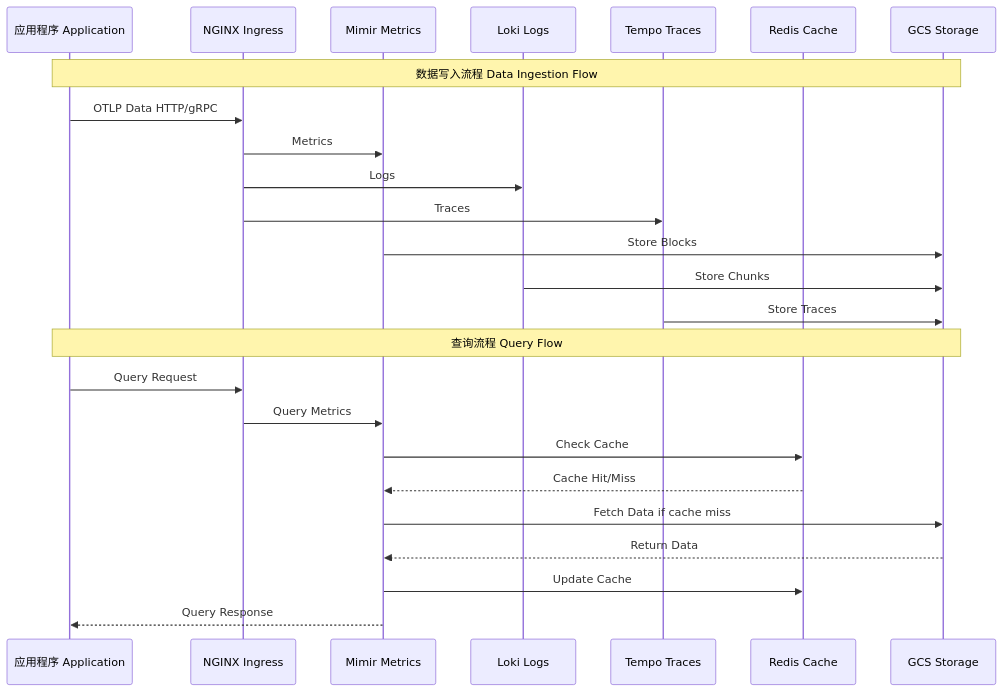
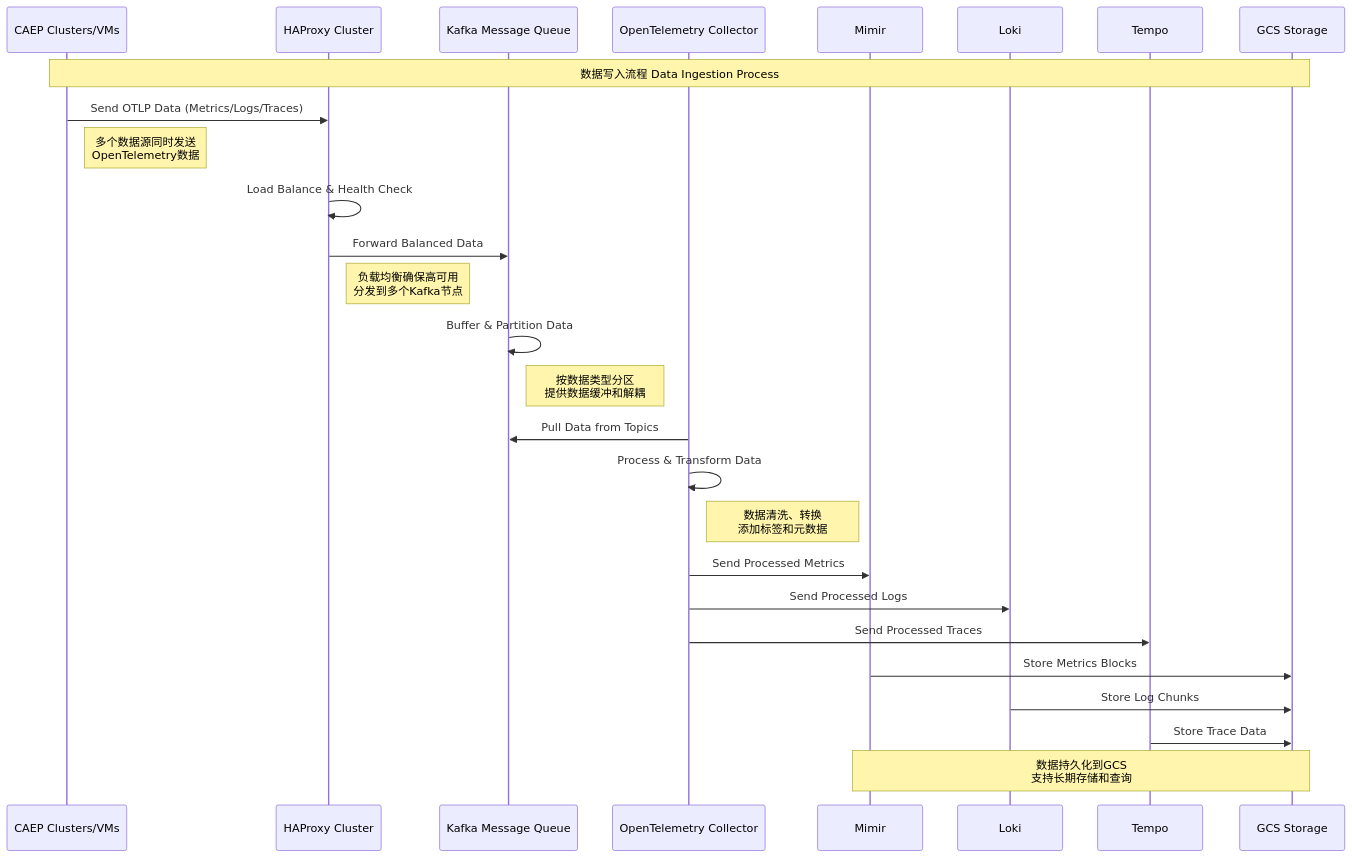
One commit to zking2000/share changed the second of 3 diagrams in OpenTelemetry/Observability_Production/README.md. Above: the diagram before and after it, drawn with Mermaid. The commit also changed other lines of this file, not shown here.

First line of the commit message:
Update architecture diagrams based on user's enterprise architecture

````diff
--- a/OpenTelemetry/Observability_Production/README.md
+++ b/OpenTelemetry/Observability_Production/README.md
@@ -126,30 +139,43 @@
 ```mermaid
 sequenceDiagram
-    participant App as 应用程序 Application
-    participant Ingress as NGINX Ingress
-    participant Mimir as Mimir Metrics
-    participant Loki as Loki Logs
-    participant Tempo as Tempo Traces
-    participant Redis as Redis Cache
-    participant GCS as GCS Storage
+    participant CAEP as CAEP Clusters/VMs
+    participant HAProxy as HAProxy Cluster
+    participant Kafka as Kafka Message Queue
+    participant OTelCol as OpenTelemetry Collector
+    participant Mimir as Mimir
+    participant Loki as Loki
+    participant Tempo as Tempo
+    participant Storage as GCS Storage
 
-    Note over App, GCS: 数据写入流程 Data Ingestion Flow
-    App->>Ingress: OTLP Data HTTP/gRPC
-    Ingress->>Mimir: Metrics
-    Ingress->>Loki: Logs  
-    Ingress->>Tempo: Traces
+    Note over CAEP, Storage: 数据写入流程 Data Ingestion Process
+
+    %% 数据收集阶段
+    CAEP->>HAProxy: Send OTLP Data (Metrics/Logs/Traces)
+    Note right of CAEP: 多个数据源同时发送<br/>OpenTelemetry数据
     
-    Mimir->>GCS: Store Blocks
-    Loki->>GCS: Store Chunks
-    Tempo->>GCS: Store Traces
+    %% 负载均衡阶段
+    HAProxy->>HAProxy: Load Balance & Health Check
+    HAProxy->>Kafka: Forward Balanced Data
+    Note right of HAProxy: 负载均衡确保高可用<br/>分发到多个Kafka节点
 
-    Note over App, GCS: 查询流程 Query Flow
-    App->>Ingress: Query Request
-    Ingress->>Mimir: Query Metrics
-    Mimir->>Redis: Check Cache
-    Redis-->>Mimir: Cache Hit/Miss
-    Mimir->>GCS: Fetch Data if cache miss
-    GCS-->>Mimir: Return Data
-    Mimir->>Redis: Update Cache
-    Mimir-->>App: Query Response
+    %% 消息队列缓冲
+    Kafka->>Kafka: Buffer & Partition Data
+    Note right of Kafka: 按数据类型分区<br/>提供数据缓冲和解耦
+
+    %% 数据处理阶段
+    OTelCol->>Kafka: Pull Data from Topics
+    OTelCol->>OTelCol: Process & Transform Data
+    Note right of OTelCol: 数据清洗、转换<br/>添加标签和元数据
+
+    %% 数据分发存储
+    OTelCol->>Mimir: Send Processed Metrics
+    OTelCol->>Loki: Send Processed Logs
+    OTelCol->>Tempo: Send Processed Traces
+
+    %% 持久化存储
+    Mimir->>Storage: Store Metrics Blocks
+    Loki->>Storage: Store Log Chunks
+    Tempo->>Storage: Store Trace Data
+
+    Note over Mimir, Storage: 数据持久化到GCS<br/>支持长期存储和查询
 ```
````
